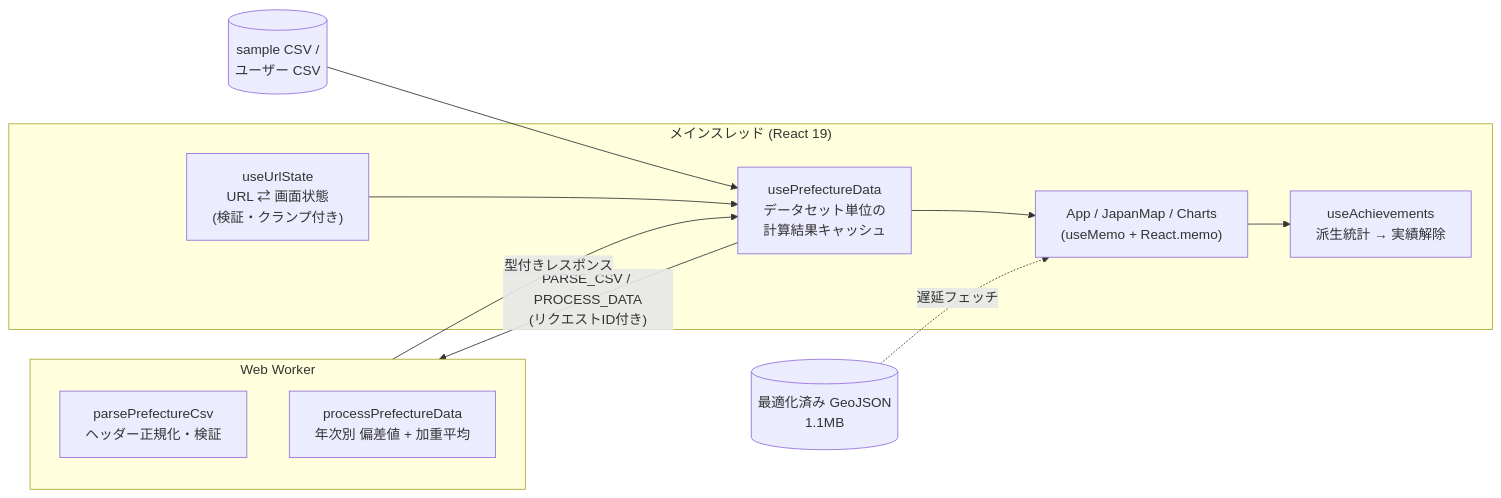
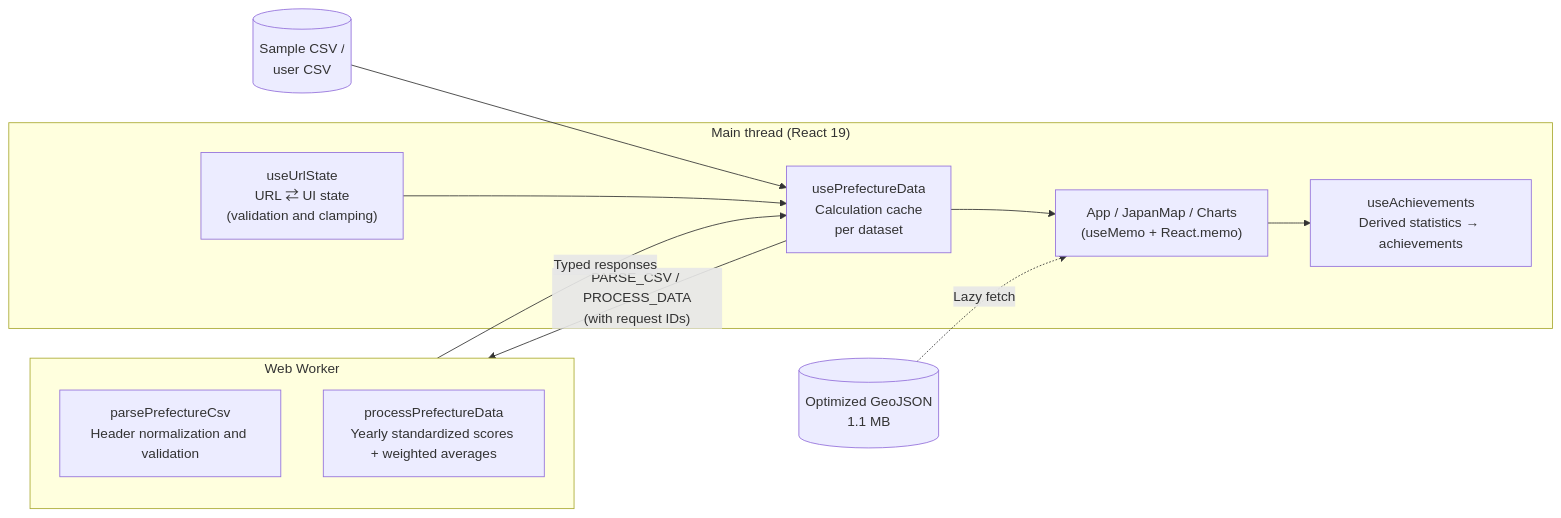
One commit to futurecortexlabs/FCTX-Japan-Data-Map changed the diagram in README.md. Above: the diagram before and after it, drawn with Mermaid. The commit also changed other lines of this file and 2 other files, not shown here.

Commit message:
docs: add English and Japanese READMEs and keep scheduled updates on main

````diff
--- a/README.md
+++ b/README.md
@@ -46,19 +52,19 @@
 ```mermaid
 flowchart LR
-  subgraph Main["メインスレッド (React 19)"]
-    URL["useUrlState<br/>URL ⇄ 画面状態<br/>(検証・クランプ付き)"]
-    Data["usePrefectureData<br/>データセット単位の<br/>計算結果キャッシュ"]
+  subgraph Main["Main thread (React 19)"]
+    URL["useUrlState<br/>URL ⇄ UI state<br/>(validation and clamping)"]
+    Data["usePrefectureData<br/>Calculation cache<br/>per dataset"]
     UI["App / JapanMap / Charts<br/>(useMemo + React.memo)"]
-    Ach["useAchievements<br/>派生統計 → 実績解除"]
+    Ach["useAchievements<br/>Derived statistics → achievements"]
   end
   subgraph Worker["Web Worker"]
-    Parse["parsePrefectureCsv<br/>ヘッダー正規化・検証"]
-    Score["processPrefectureData<br/>年次別 偏差値 + 加重平均"]
+    Parse["parsePrefectureCsv<br/>Header normalization and validation"]
+    Score["processPrefectureData<br/>Yearly standardized scores + weighted averages"]
   end
-  CSV[("sample CSV /<br/>ユーザー CSV")] --> Data
-  Data -- "PARSE_CSV / PROCESS_DATA<br/>(リクエストID付き)" --> Worker
-  Worker -- "型付きレスポンス" --> Data
+  CSV[("Sample CSV /<br/>user CSV")] --> Data
+  Data -- "PARSE_CSV / PROCESS_DATA<br/>(with request IDs)" --> Worker
+  Worker -- "Typed responses" --> Data
   URL --> Data --> UI
   UI --> Ach
-  Geo[("最適化済み GeoJSON<br/>1.1MB")] -.遅延フェッチ.-> UI
+  Geo[("Optimized GeoJSON<br/>1.1 MB")] -.Lazy fetch.-> UI
 ```
````
